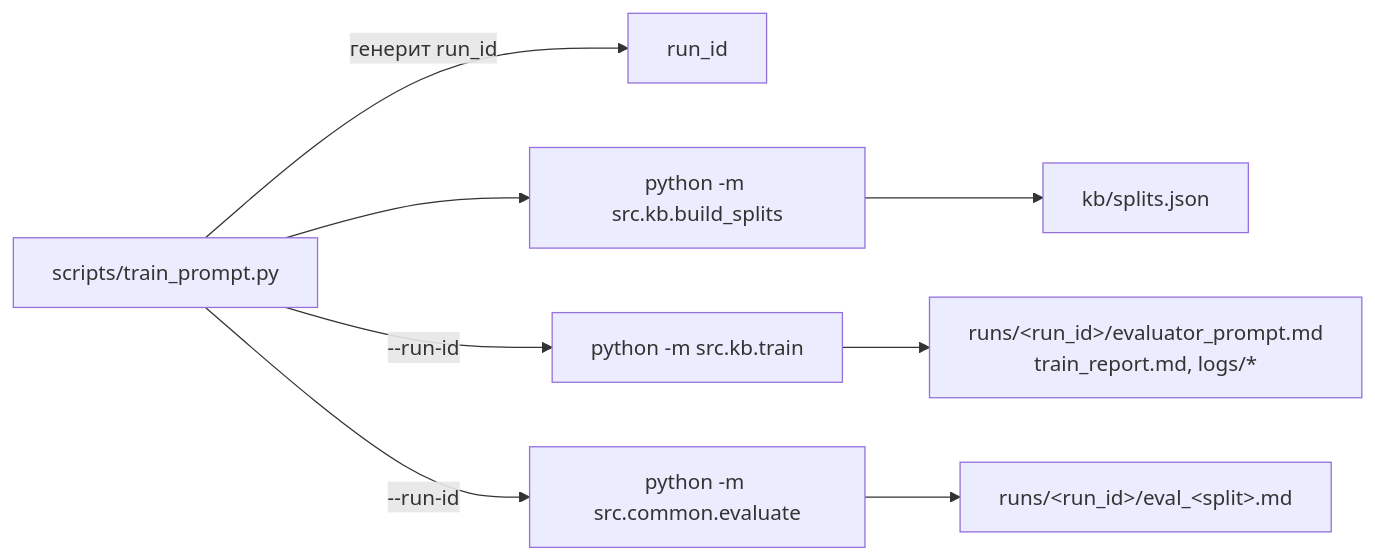
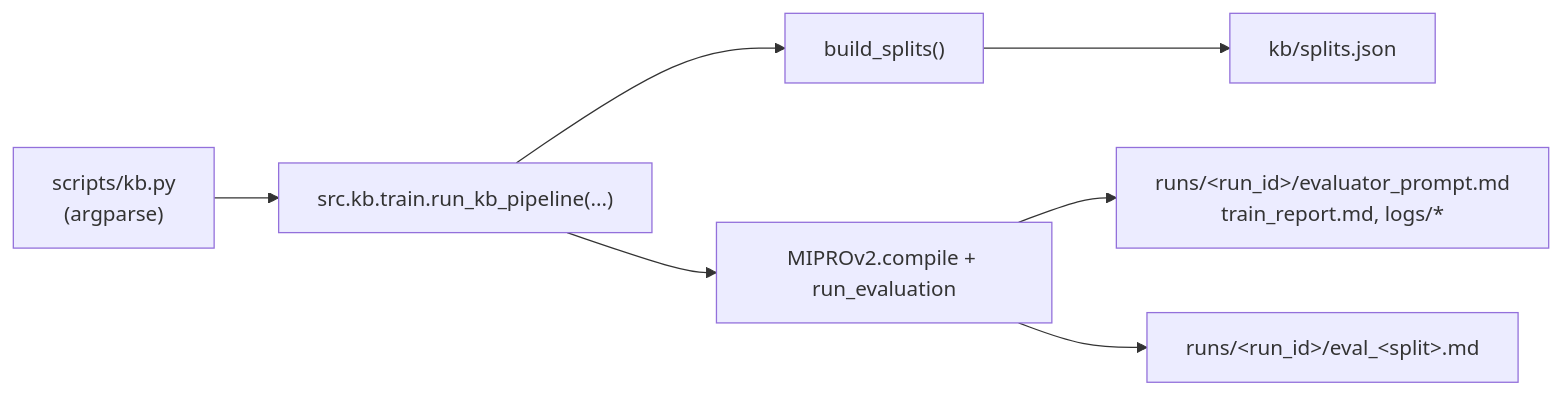
Before and after one commit to margomrkv/interview-debrief-assistant: the diagram in .claude/skills/scoring-prompt-trainer/SKILL.md, drawn with Mermaid. The commit also changed other lines of this file and 13 other files, not shown here.

````diff
--- a/.claude/skills/scoring-prompt-trainer/SKILL.md
+++ b/.claude/skills/scoring-prompt-trainer/SKILL.md
@@ -16,10 +16,8 @@
 ```mermaid
 flowchart LR
-    W["scripts/train_prompt.py"] -- "генерит run_id" --> RID["run_id"]
-    W --> BS["python -m src.kb.build_splits"]
-    W -- "--run-id" --> TR["python -m src.kb.train"]
-    W -- "--run-id" --> EV["python -m src.common.evaluate"]
-    BS --> SP["kb/splits.json"]
+    CLI["scripts/kb.py<br/>(argparse)"] --> API["src.kb.train.run_kb_pipeline(...)"]
+    API --> BS["build_splits()"] --> SP["kb/splits.json"]
+    API --> TR["MIPROv2.compile + run_evaluation"]
     TR --> AR["runs/&lt;run_id&gt;/evaluator_prompt.md<br/>train_report.md, logs/*"]
-    EV --> ER["runs/&lt;run_id&gt;/eval_&lt;split&gt;.md"]
+    TR --> ER["runs/&lt;run_id&gt;/eval_&lt;split&gt;.md"]
 ```
````
